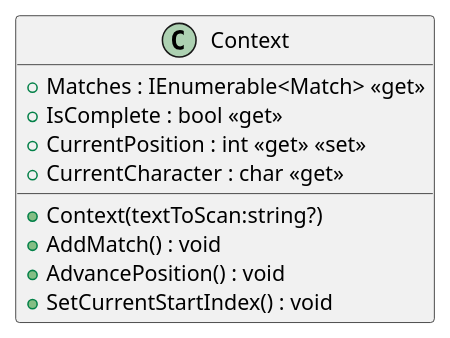
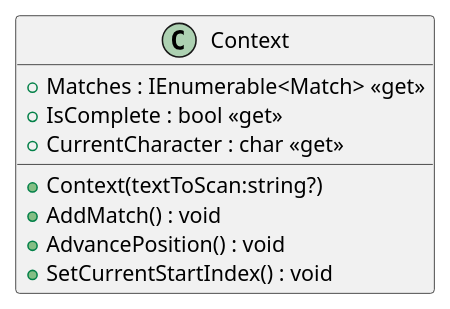
The diagram in StateMachine/StateMachine.Mvc/Email/PlantUml/Context.puml (jeff-adkisson/swe-3633-spring-2023), drawn with PlantUML before and after one commit. The commit also changed 3 other files, not shown here.

```diff
--- a/StateMachine/StateMachine.Mvc/Email/PlantUml/Context.puml
+++ b/StateMachine/StateMachine.Mvc/Email/PlantUml/Context.puml
@@ -1,12 +1,11 @@
 @startuml
 class Context {
     + Context(textToScan:string?)
     + Matches : IEnumerable<Match> <<get>>
     + IsComplete : bool <<get>>
-    + CurrentPosition : int <<get>> <<set>>
     + CurrentCharacter : char <<get>>
     + AddMatch() : void
     + AdvancePosition() : void
     + SetCurrentStartIndex() : void
 }
 @enduml
```
